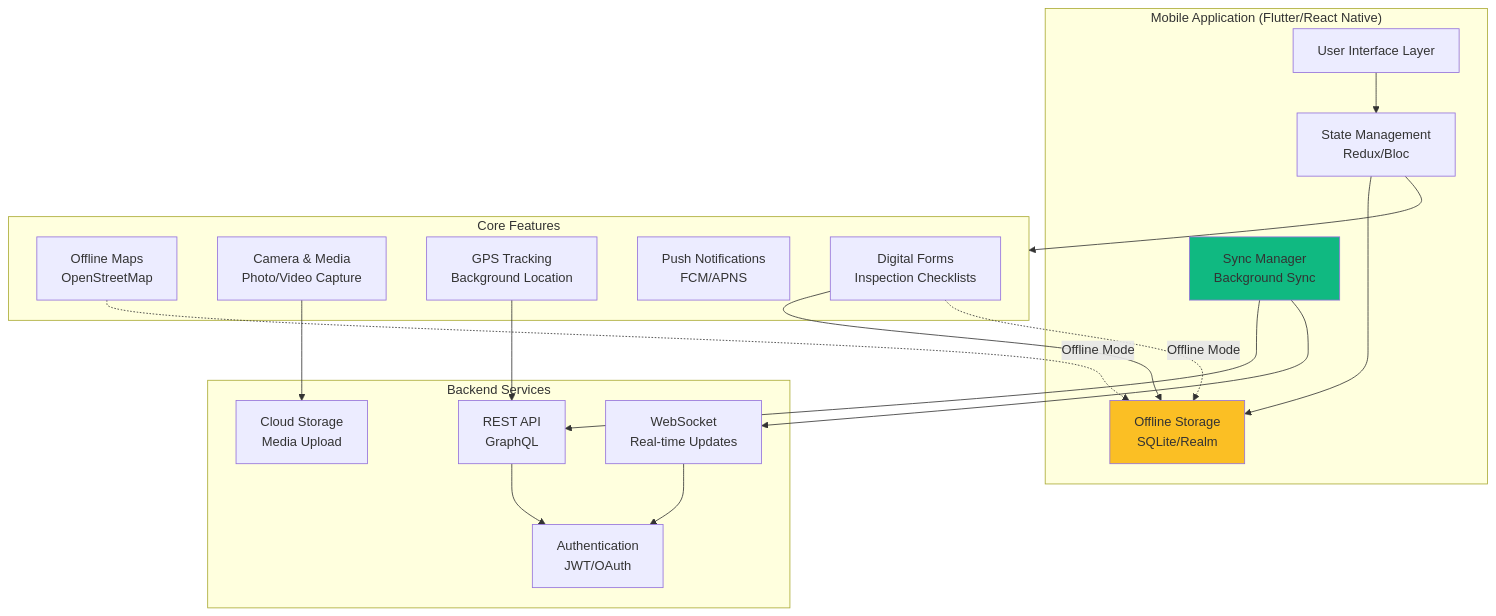
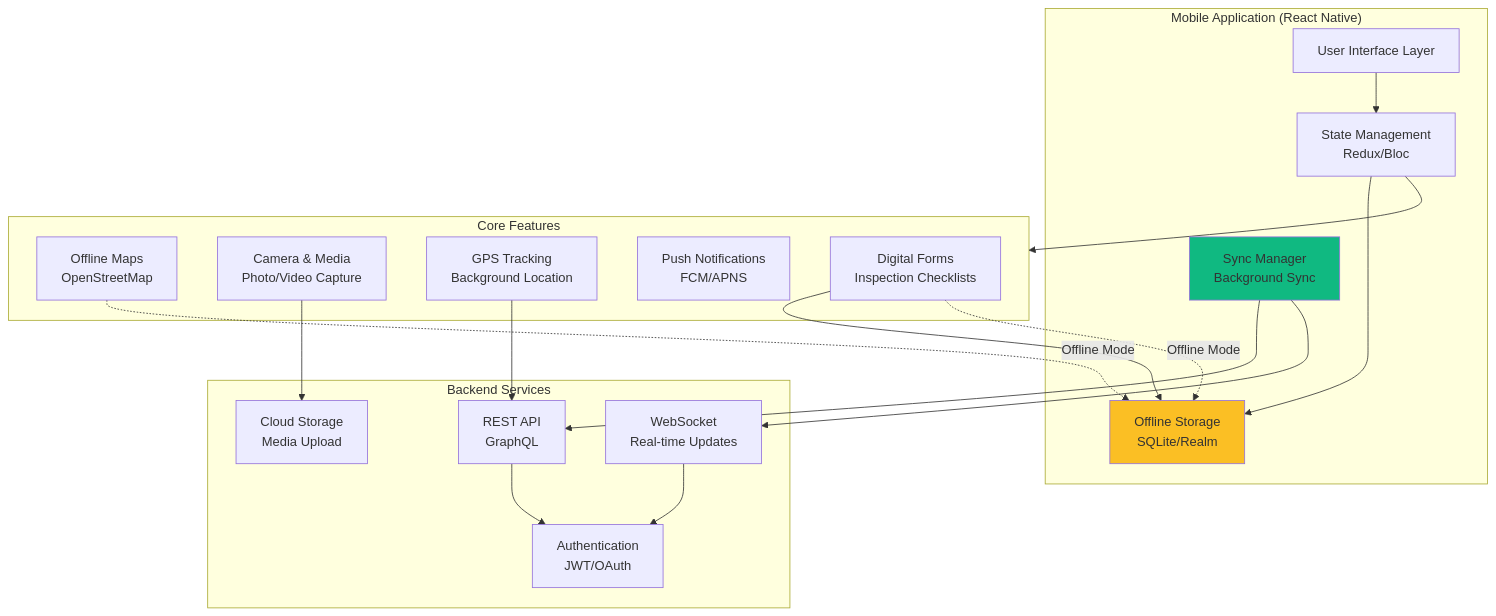
One commit to lightuse/fms changed diagram 14 of 17 in old/fms_architecture.md. Above: the diagram before and after it, drawn with Mermaid. The commit also changed other lines of this file and 74 other files, not shown here.

````diff
--- a/old/fms_architecture.md
+++ b/old/fms_architecture.md
@@ -628,43 +628,43 @@
 ```mermaid
 graph TB
-    subgraph MobileApp["Mobile Application (Flutter/React Native)"]
+    subgraph MobileApp["Mobile Application (React Native)"]
         UI[User Interface Layer]
         STATE[State Management<br/>Redux/Bloc]
         OFFLINE[Offline Storage<br/>SQLite/Realm]
         SYNC[Sync Manager<br/>Background Sync]
     end
 
     subgraph Features["Core Features"]
         MAP[Offline Maps<br/>OpenStreetMap]
         CAMERA[Camera & Media<br/>Photo/Video Capture]
         GPS_LOC[GPS Tracking<br/>Background Location]
         PUSH[Push Notifications<br/>FCM/APNS]
         FORMS[Digital Forms<br/>Inspection Checklists]
     end
 
     subgraph Backend["Backend Services"]
         API[REST API<br/>GraphQL]
         WEBSOCKET[WebSocket<br/>Real-time Updates]
         CLOUD_STORAGE[Cloud Storage<br/>Media Upload]
         AUTH_BACKEND[Authentication<br/>JWT/OAuth]
     end
 
     UI --> STATE
     STATE --> OFFLINE
     STATE --> Features
     
     SYNC --> API
     SYNC --> WEBSOCKET
     CAMERA --> CLOUD_STORAGE
     GPS_LOC --> API
     FORMS --> OFFLINE
     
     MAP -.Offline Mode.-> OFFLINE
     FORMS -.Offline Mode.-> OFFLINE
     
     API --> AUTH_BACKEND
     WEBSOCKET --> AUTH_BACKEND
 
     style OFFLINE fill:#fbbf24
     style SYNC fill:#10b981
 ```
````
